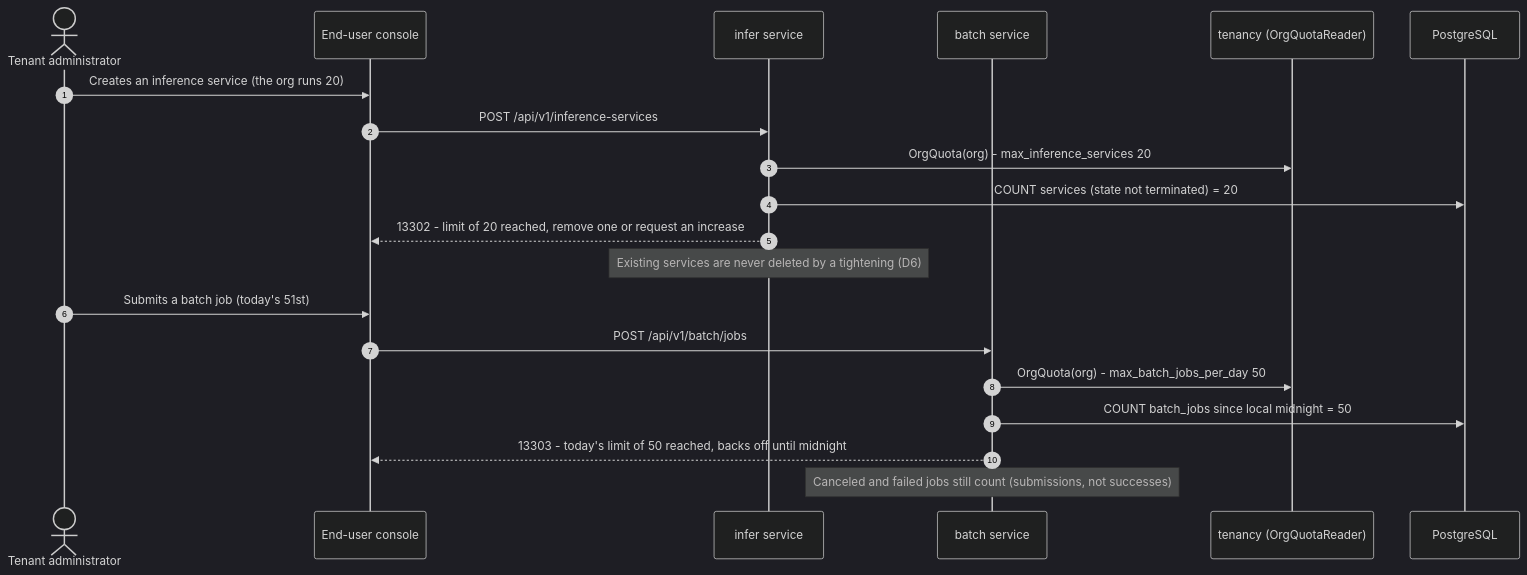
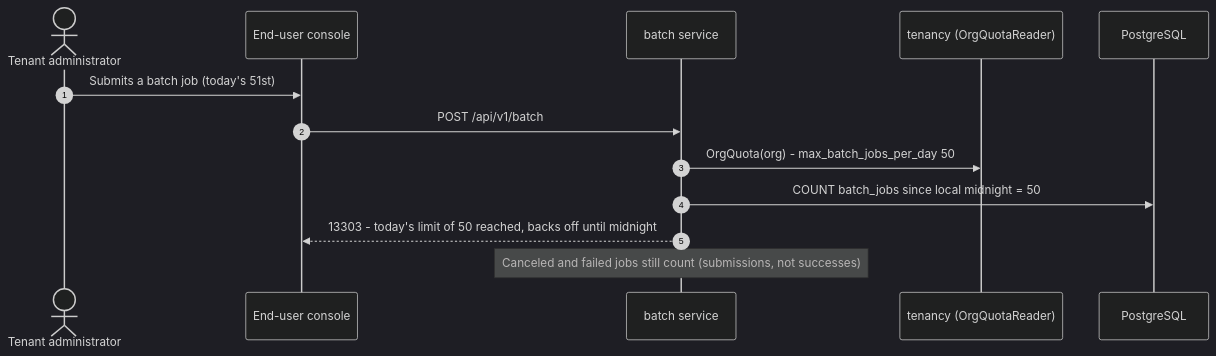
One commit to go-taas/go-taas changed the fifth of 5 diagrams in site/docs/architecture/service-quota-management.md. Above: the diagram before and after it, drawn with Mermaid (dark theme). The commit also changed other lines of this file and 41 other files, not shown here.

````diff
--- a/site/docs/architecture/service-quota-management.md
+++ b/site/docs/architecture/service-quota-management.md
@@ -563,23 +557,16 @@
 ```mermaid
 sequenceDiagram
     autonumber
     actor Agent as Tenant administrator
     participant UI as End-user console
-    participant ISVC as infer service
     participant BSVC as batch service
     participant TEN as tenancy (OrgQuotaReader)
     participant DB as PostgreSQL
 
-    Agent->>UI: Creates an inference service (the org runs 20)
-    UI->>ISVC: POST /api/v1/inference-services
-    ISVC->>TEN: OrgQuota(org) - max_inference_services 20
-    ISVC->>DB: COUNT services (state not terminated) = 20
-    ISVC-->>UI: 13302 - limit of 20 reached, remove one or request an increase
-    Note over ISVC: Existing services are never deleted by a tightening (D6)
     Agent->>UI: Submits a batch job (today's 51st)
-    UI->>BSVC: POST /api/v1/batch/jobs
+    UI->>BSVC: POST /api/v1/batch
     BSVC->>TEN: OrgQuota(org) - max_batch_jobs_per_day 50
     BSVC->>DB: COUNT batch_jobs since local midnight = 50
     BSVC-->>UI: 13303 - today's limit of 50 reached, backs off until midnight
     Note over BSVC: Canceled and failed jobs still count (submissions, not successes)
 ```
````
